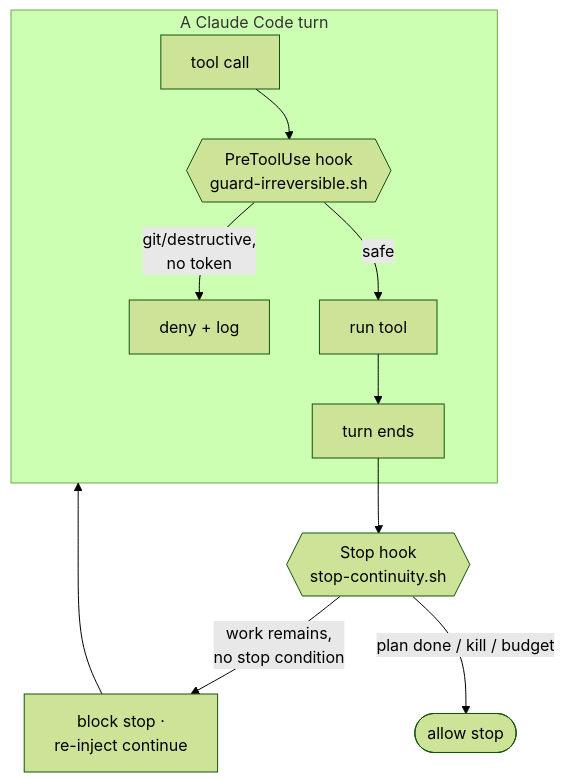
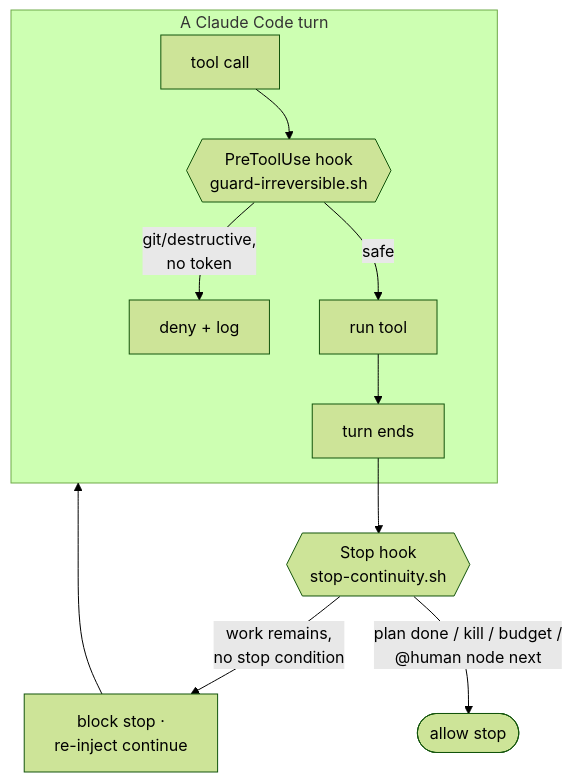
One commit to Jonhvmp/leopold changed the first of 2 diagrams in docs/architecture/in-session.md. Above: the diagram before and after it, drawn with Mermaid (forest theme). The commit also changed other lines of this file and 69 other files, not shown here.

````diff
--- a/docs/architecture/in-session.md
+++ b/docs/architecture/in-session.md
@@ -15,13 +15,13 @@
 ```mermaid
 flowchart TB
     subgraph Turn["A Claude Code turn"]
         TC["tool call"] --> PRE{{"PreToolUse hook<br/>guard-irreversible.sh"}}
         PRE -- "safe" --> EXEC["run tool"]
         PRE -- "git/destructive,<br/>no token" --> DENY["deny + log"]
         EXEC --> ENDTURN["turn ends"]
     end
     ENDTURN --> STOP{{"Stop hook<br/>stop-continuity.sh"}}
     STOP -- "work remains,<br/>no stop condition" --> CONT["block stop ·<br/>re-inject continue"]
-    STOP -- "plan done / kill / budget" --> HALT([allow stop])
+    STOP -- "plan done / kill / budget /<br/>@human node next" --> HALT([allow stop])
     CONT --> Turn
 ```
````
